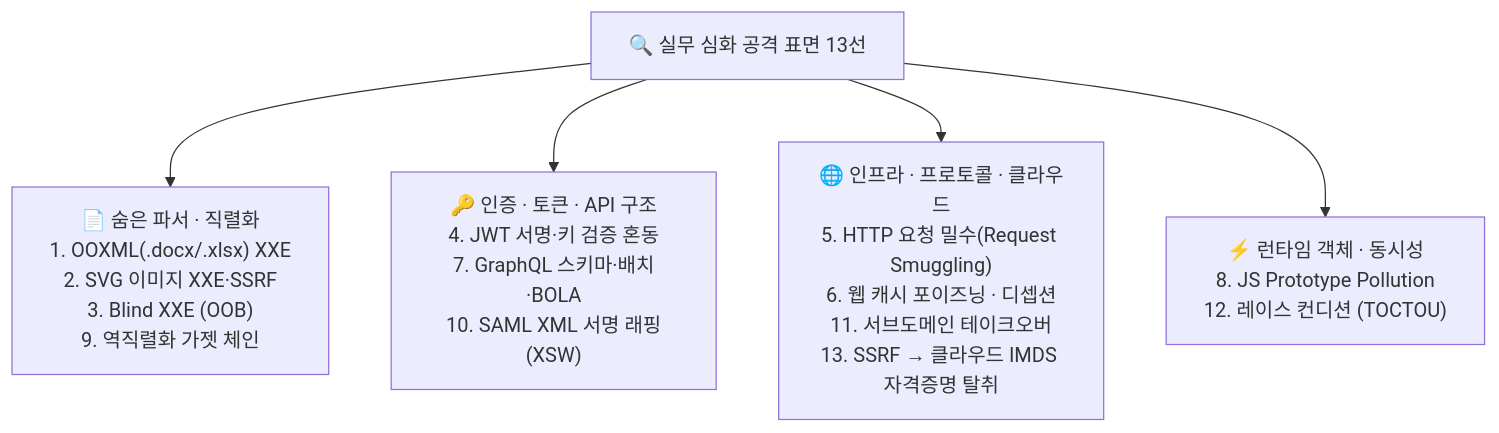
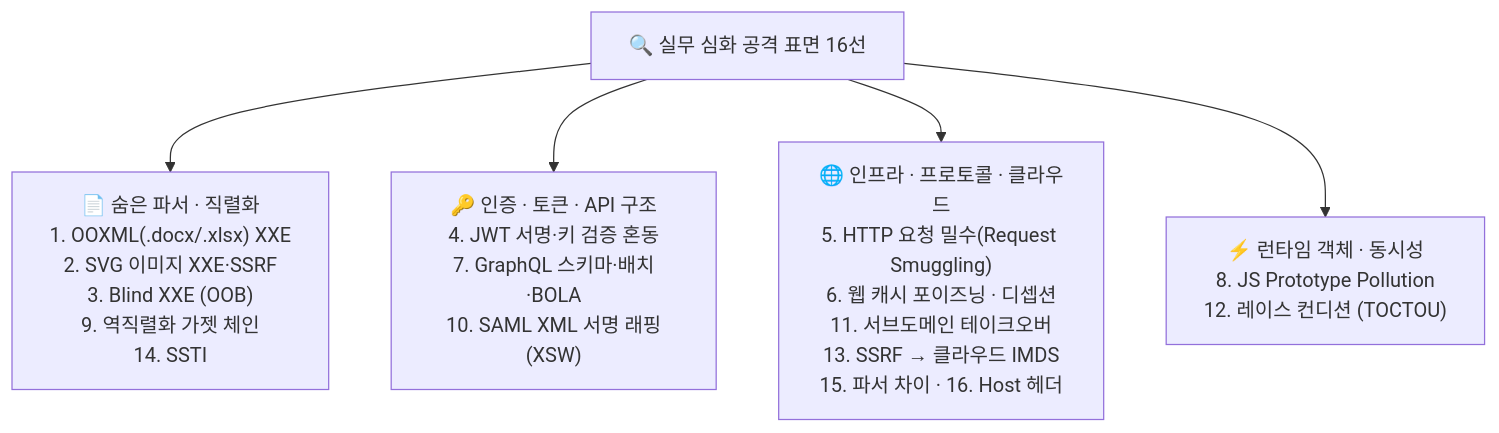
The first of 2 diagrams in content/웹취약점/웹 취약점 진단 심화 — 실무에서 보는 기법들.md (gooyong-sec/gooyong-sec.github.io), drawn with Mermaid before and after one commit. The commit also changed other lines of this file and 2 other files, not shown here.

Commit message:
docs(web): deep-dive SSTI·parser differential·Host header + part 2

````diff
--- a/content/웹취약점/웹 취약점 진단 심화 — 실무에서 보는 기법들.md
+++ b/content/웹취약점/웹 취약점 진단 심화 — 실무에서 보는 기법들.md
@@ -18,8 +24,8 @@
 ```mermaid
 flowchart TD
-    Surface["🔍 실무 심화 공격 표면 13선"] --> Cat1 & Cat2 & Cat3 & Cat4
-    Cat1["📄 숨은 파서 · 직렬화<br/>1. OOXML(.docx/.xlsx) XXE<br/>2. SVG 이미지 XXE·SSRF<br/>3. Blind XXE (OOB)<br/>9. 역직렬화 가젯 체인"]
+    Surface["🔍 실무 심화 공격 표면 16선"] --> Cat1 & Cat2 & Cat3 & Cat4
+    Cat1["📄 숨은 파서 · 직렬화<br/>1. OOXML(.docx/.xlsx) XXE<br/>2. SVG 이미지 XXE·SSRF<br/>3. Blind XXE (OOB)<br/>9. 역직렬화 가젯 체인<br/>14. SSTI"]
     Cat2["🔑 인증 · 토큰 · API 구조<br/>4. JWT 서명·키 검증 혼동<br/>7. GraphQL 스키마·배치·BOLA<br/>10. SAML XML 서명 래핑(XSW)"]
-    Cat3["🌐 인프라 · 프로토콜 · 클라우드<br/>5. HTTP 요청 밀수(Request Smuggling)<br/>6. 웹 캐시 포이즈닝 · 디셉션<br/>11. 서브도메인 테이크오버<br/>13. SSRF → 클라우드 IMDS 자격증명 탈취"]
+    Cat3["🌐 인프라 · 프로토콜 · 클라우드<br/>5. HTTP 요청 밀수(Request Smuggling)<br/>6. 웹 캐시 포이즈닝 · 디셉션<br/>11. 서브도메인 테이크오버<br/>13. SSRF → 클라우드 IMDS<br/>15. 파서 차이 · 16. Host 헤더"]
     Cat4["⚡ 런타임 객체 · 동시성<br/>8. JS Prototype Pollution<br/>12. 레이스 컨디션 (TOCTOU)"]
 ```
````
